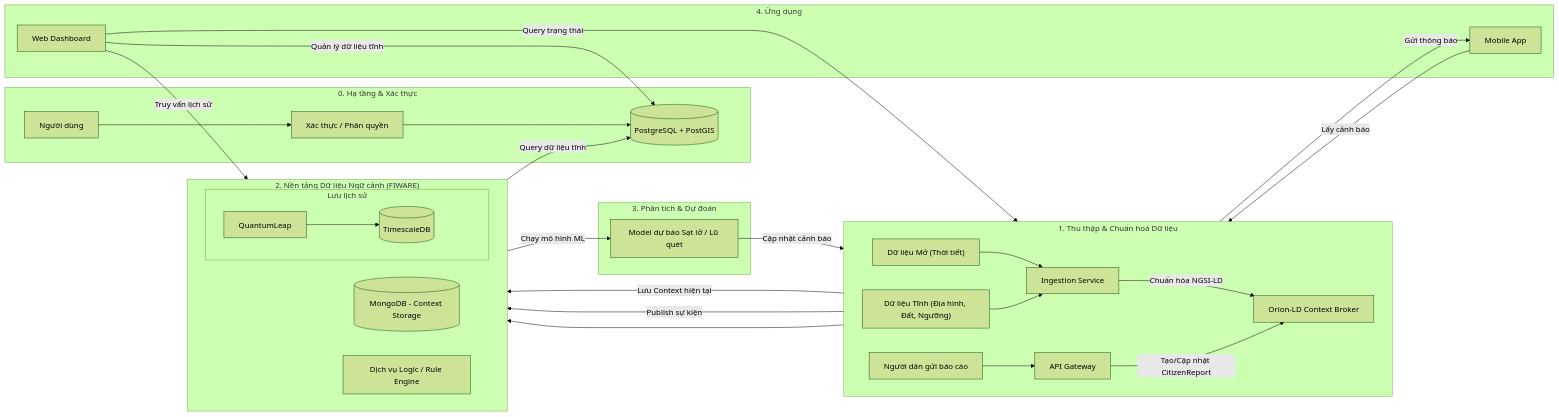
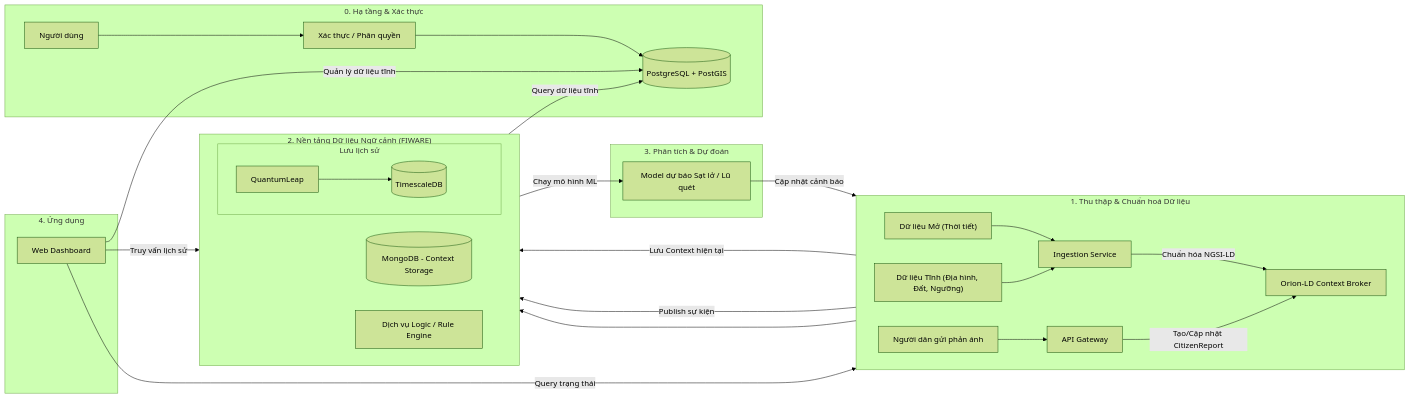
One commit to PhamQuyNam/OLP_2025_PMMNM_HaUI_DNK changed the diagram in README.md. Above: the diagram before and after it, drawn with Mermaid (forest theme). The commit also changed other lines of this file and 2 other files, not shown here.

````diff
--- a/README.md
+++ b/README.md
@@ -26,59 +20,55 @@
 ```mermaid
 flowchart LR
     %% ===== 0. AUTH & INFRA =====
     subgraph S0["0. Hạ tầng & Xác thực"]
         A[Người dùng] --> AUTH[Xác thực / Phân quyền]
         AUTH --> DBUser[(PostgreSQL + PostGIS)]
     end
 
     %% ===== 1. INGESTION =====
     subgraph S1["1. Thu thập & Chuẩn hoá Dữ liệu"]
         direction LR
         OpenAPI["Dữ liệu Mở (Thời tiết)"]
         StaticData["Dữ liệu Tĩnh (Địa hình, Đất, Ngưỡng)"]
-        Citizen["Người dân gửi báo cáo"]
+        Citizen["Người dân gửi phản ánh"]
 
         OpenAPI --> INGEST["Ingestion Service"]
         StaticData --> INGEST
         Citizen --> API["API Gateway"]
 
         INGEST -->|"Chuẩn hóa NGSI-LD"| Orion
     end
 
     %% ===== 2. CONTEXT CORE =====
     subgraph S2["2. Nền tảng Dữ liệu Ngữ cảnh (FIWARE)"]
         direction LR
         Orion[Orion-LD Context Broker]
         Mongo[(MongoDB - Context Storage)]
 
         Orion -->|"Lưu Context hiện tại"| Mongo
         Orion -->|"Publish sự kiện"| Logic["Dịch vụ Logic / Rule Engine"]
 
         subgraph P["Lưu lịch sử"]
             Orion --> QL[QuantumLeap]
             QL --> TS[(TimescaleDB)]
         end
     end
 
     %% ===== 3. BUSINESS & ML =====
     subgraph S3["3. Phân tích & Dự đoán"]
         Logic -->|"Query dữ liệu tĩnh"| DBUser
         Logic -->|"Chạy mô hình ML"| Model["Model dự báo Sạt lở / Lũ quét"]
         Model -->|"Cập nhật cảnh báo"| Orion
         API -->|"Tạo/Cập nhật CitizenReport"| Orion
     end
 
     %% ===== 4. APPLICATION =====
     subgraph S4["4. Ứng dụng"]
         Admin["Web Dashboard"]
-        Mobile["Mobile App"]
 
         Admin -->|"Query trạng thái"| Orion
         Admin -->|"Truy vấn lịch sử"| TS
         Admin -->|"Quản lý dữ liệu tĩnh"| DBUser
-
-        Mobile -->|"Lấy cảnh báo"| Orion
-        Orion -->|"Gửi thông báo"| Mobile
     end
 
 ```
````
